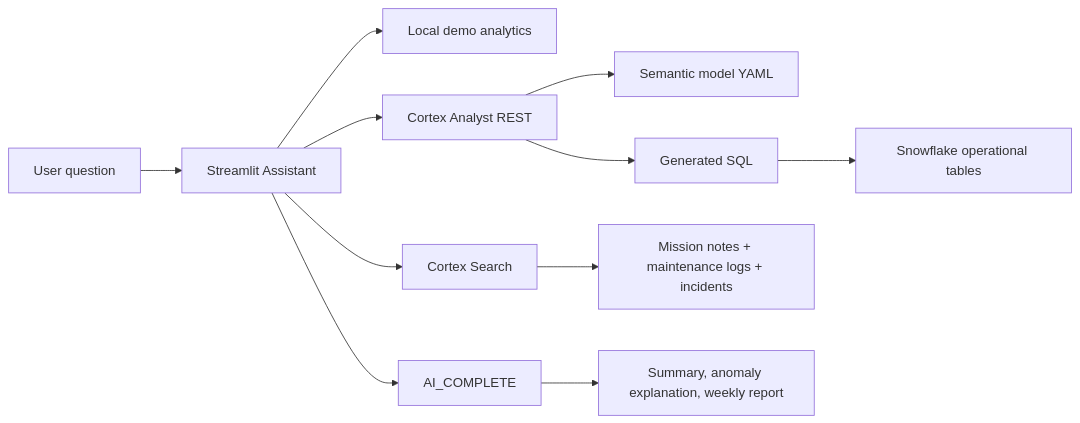
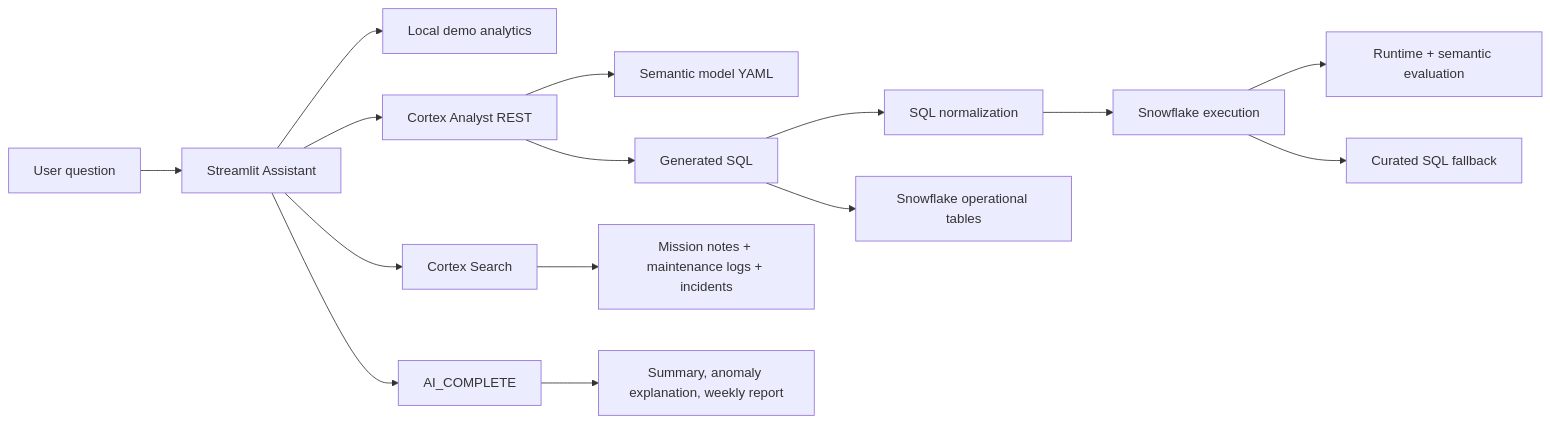
The diagram in snowflake-cortex-squadron-ai-assistant/README.md (Deek0326/snowflake-cortex-squadron-ai-assistant), drawn with Mermaid before and after one commit. The commit also changed other lines of this file and 9 other files, not shown here.

````diff
--- a/snowflake-cortex-squadron-ai-assistant/README.md
+++ b/snowflake-cortex-squadron-ai-assistant/README.md
@@ -29,13 +34,17 @@
 ```mermaid
 flowchart LR
     User[User question] --> UI[Streamlit Assistant]
     UI --> Demo[Local demo analytics]
     UI --> Analyst[Cortex Analyst REST]
     Analyst --> Semantic[Semantic model YAML]
     Analyst --> SQL[Generated SQL]
+    SQL --> Normalize[SQL normalization]
+    Normalize --> Execute[Snowflake execution]
+    Execute --> Eval[Runtime + semantic evaluation]
     SQL --> Tables[Snowflake operational tables]
+    Execute --> Fallback[Curated SQL fallback]
     UI --> Search[Cortex Search]
     Search --> Corpus[Mission notes + maintenance logs + incidents]
     UI --> Complete[AI_COMPLETE]
     Complete --> Report[Summary, anomaly explanation, weekly report]
 ```
````
